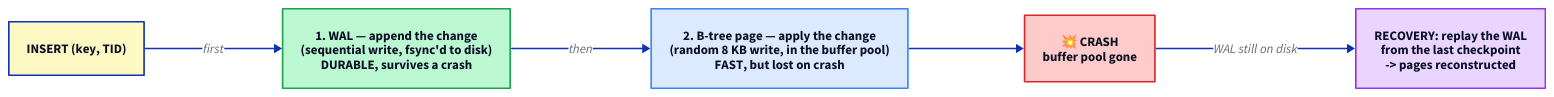
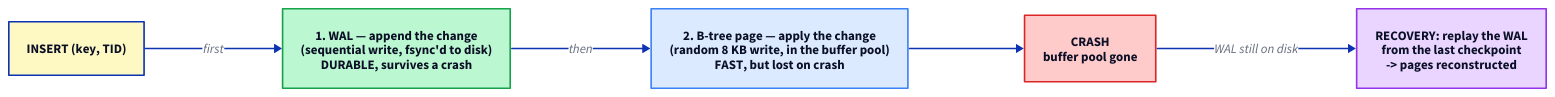
One commit to ani2fun/cortex changed the diagram in content/cortex/data-structures-and-algorithms/11-dsa-in-real-systems/01-postgres-b-tree-and-the-write-path.md. Above: the diagram before and after it, drawn with D2. The commit also changed other lines of this file and 224 other files, not shown here.

````diff
--- a/content/cortex/data-structures-and-algorithms/11-dsa-in-real-systems/01-postgres-b-tree-and-the-write-path.md
+++ b/content/cortex/data-structures-and-algorithms/11-dsa-in-real-systems/01-postgres-b-tree-and-the-write-path.md
@@ -78,12 +103,12 @@
 ```d2
 direction: right
 ins: "INSERT (key, TID)" {style.fill: "#fef9c3"}
 wal: "1. WAL — append the change\n(sequential write, fsync'd to disk)\nDURABLE, survives a crash" {style.fill: "#bbf7d0"; style.stroke: "#16a34a"}
 page: "2. B-tree page — apply the change\n(random 8 KB write, in the buffer pool)\nFAST, but lost on crash" {style.fill: "#dbeafe"; style.stroke: "#3b82f6"}
-crash: "💥 CRASH\nbuffer pool gone" {style.fill: "#fecaca"; style.stroke: "#dc2626"}
+crash: "CRASH\nbuffer pool gone" {style.fill: "#fecaca"; style.stroke: "#dc2626"}
 recover: "RECOVERY: replay the WAL\nfrom the last checkpoint\n-> pages reconstructed" {style.fill: "#e9d5ff"; style.stroke: "#9333ea"}
 ins -> wal: first
 wal -> page: then
 page -> crash
 crash -> recover: WAL still on disk
 ```
````
